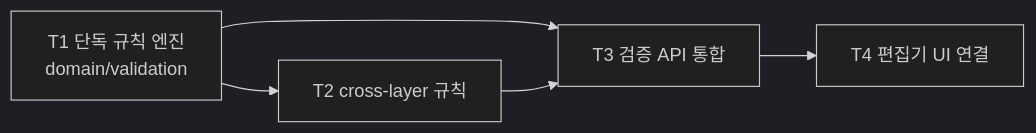
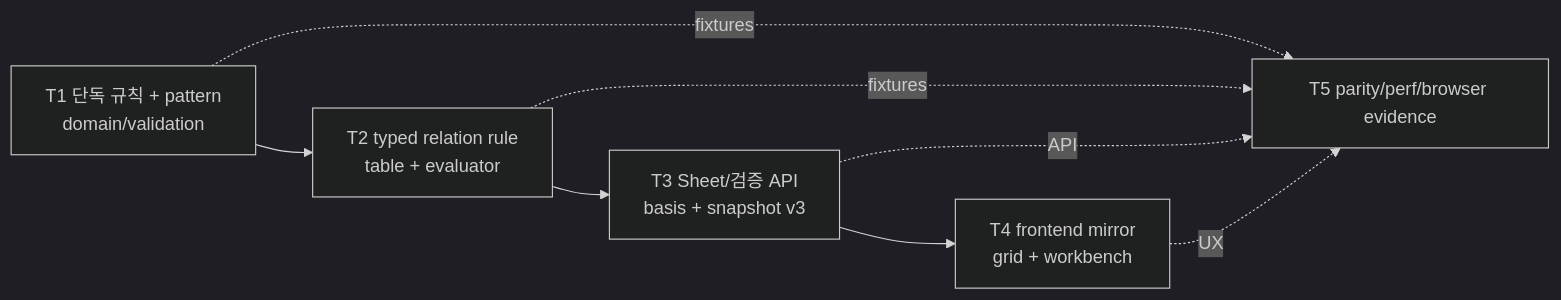
Before and after one commit to Middleages/process-condition-manager: the diagram in plan/phase-3-tasks.md, drawn with Mermaid (dark theme). The commit also changed other lines of this file and 6 other files, not shown here.

````diff
--- a/plan/phase-3-tasks.md
+++ b/plan/phase-3-tasks.md
@@ -32,7 +45,10 @@
 ```mermaid
 flowchart LR
-    T1[T1 단독 규칙 엔진<br/>domain/validation] --> T2[T2 cross-layer 규칙]
-    T1 --> T3[T3 검증 API 통합]
-    T2 --> T3
-    T3 --> T4[T4 편집기 UI 연결]
+    T1[T1 단독 규칙 + pattern<br/>domain/validation] --> T2[T2 typed relation rule<br/>table + evaluator]
+    T2 --> T3[T3 Sheet/검증 API<br/>basis + snapshot v3]
+    T3 --> T4[T4 frontend mirror<br/>grid + workbench]
+    T1 -.fixtures.-> T5[T5 parity/perf/browser evidence]
+    T2 -.fixtures.-> T5
+    T3 -.API.-> T5
+    T4 -.UX.-> T5
 ```
````
